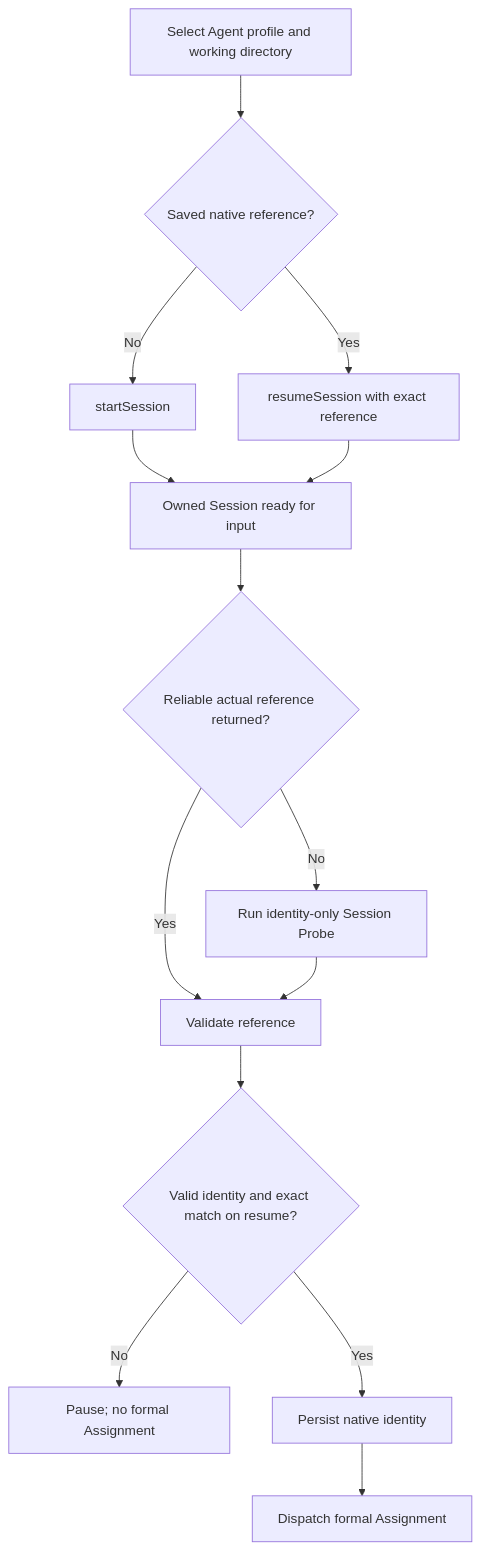
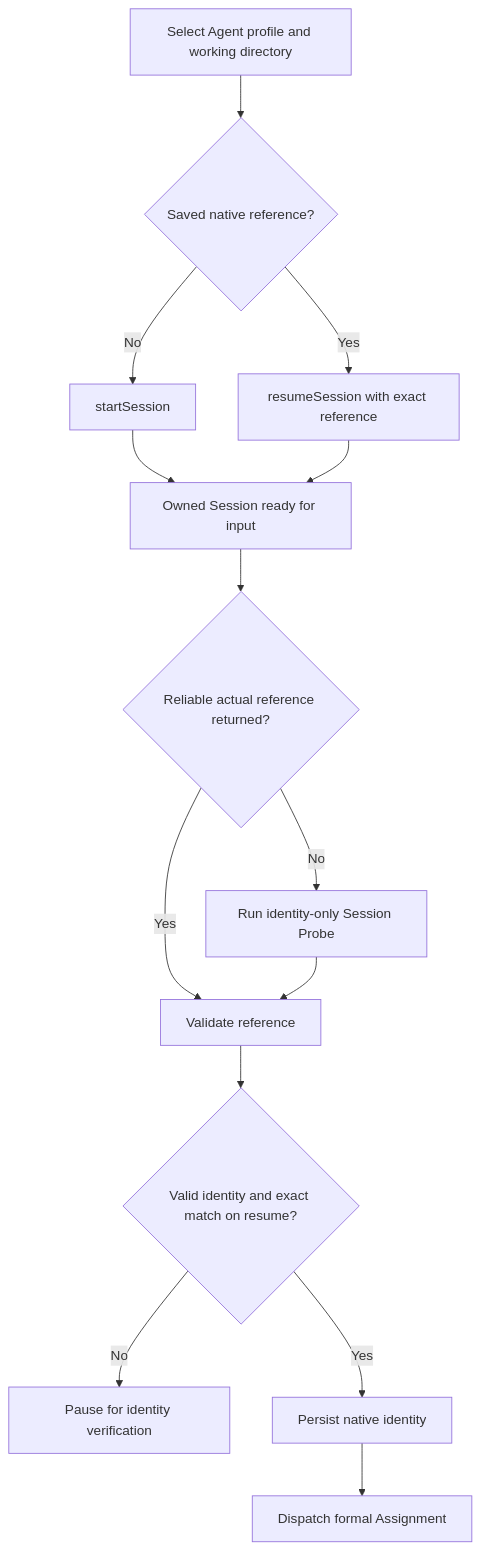
The third of 6 diagrams in docs/terminal-contract.md (BuddyLabsCo/issue-runner-core), drawn with Mermaid before and after one commit. The commit also changed other lines of this file, not shown here.

````diff
--- a/docs/terminal-contract.md
+++ b/docs/terminal-contract.md
@@ -556,16 +554,16 @@
 ```mermaid
 flowchart TD
     Begin["Select Agent profile and working directory"] --> Mode{"Saved native reference?"}
     Mode -->|No| Start["startSession"]
     Mode -->|Yes| Resume["resumeSession with exact reference"]
     Start --> Ready["Owned Session ready for input"]
     Resume --> Ready
     Ready --> Ref{"Reliable actual reference returned?"}
     Ref -->|Yes| Validate["Validate reference"]
     Ref -->|No| Probe["Run identity-only Session Probe"]
     Probe --> Validate
     Validate --> Match{"Valid identity and exact match on resume?"}
-    Match -->|No| Pause["Pause; no formal Assignment"]
+    Match -->|No| Pause["Pause for identity verification"]
     Match -->|Yes| Persist["Persist native identity"]
     Persist --> Dispatch["Dispatch formal Assignment"]
 ```
````
